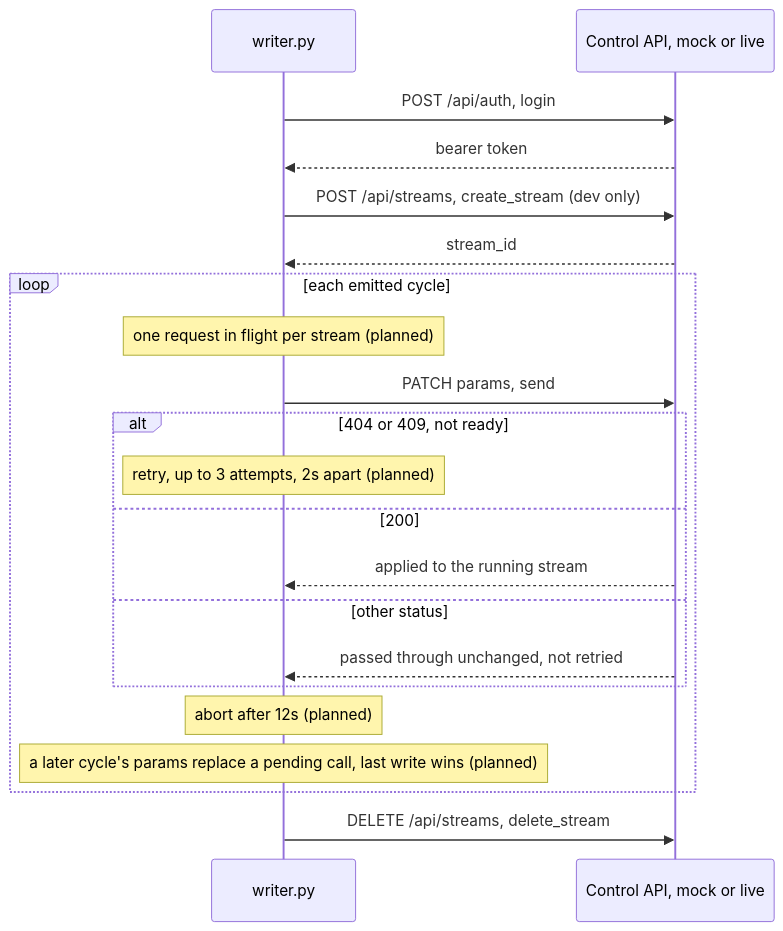
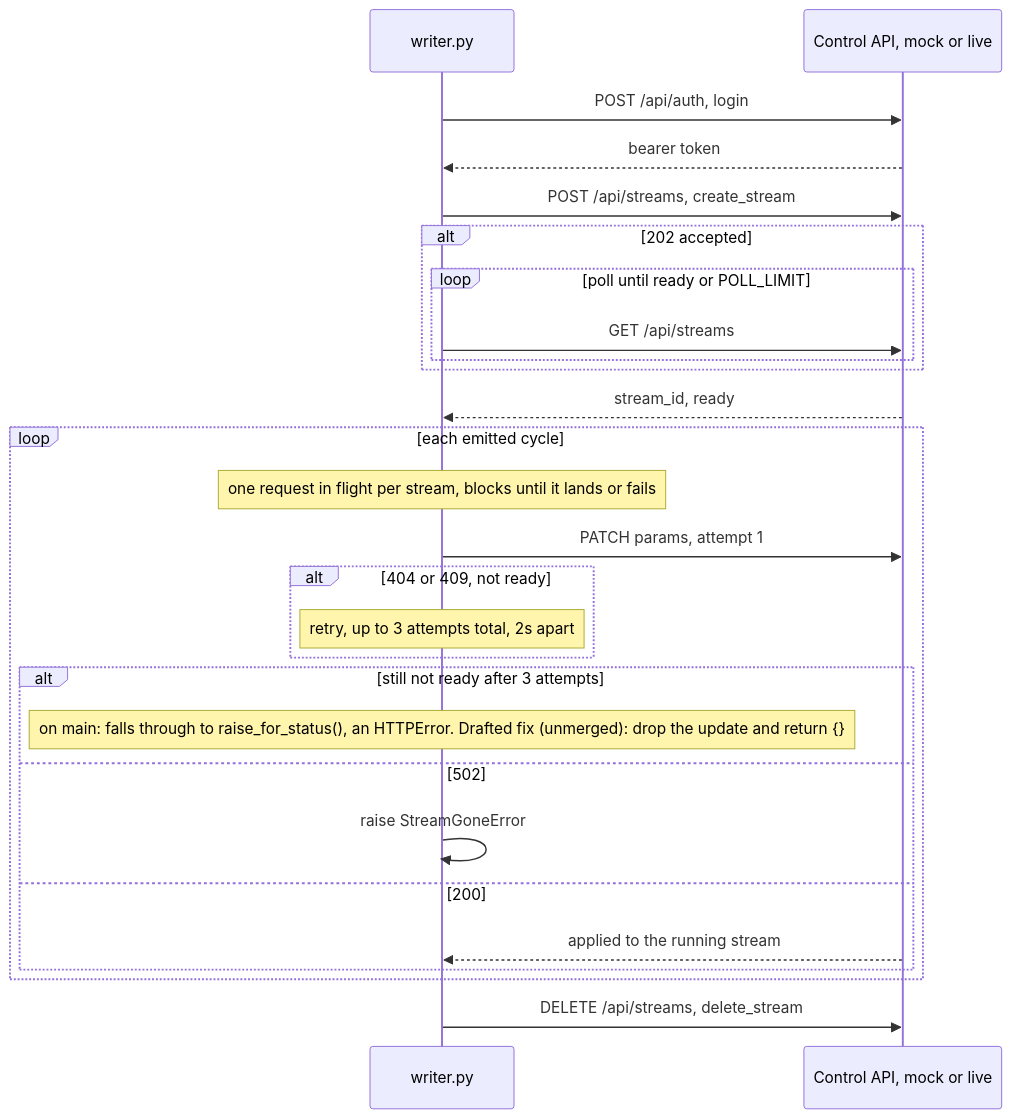
Before and after one commit to pnnhat/seed42-audio: the third of 3 diagrams in docs/design-document.md, drawn with Mermaid. The commit also changed other lines of this file, not shown here.

Commit message:
Updated the design doc against main

````diff
--- a/docs/design-document.md
+++ b/docs/design-document.md
@@ -286,27 +272,33 @@
 ```mermaid
 sequenceDiagram
     participant W as writer.py
     participant API as Control API, mock or live
 
     W->>API: POST /api/auth, login
     API-->>W: bearer token
 
-    W->>API: POST /api/streams, create_stream (dev only)
-    API-->>W: stream_id
+    W->>API: POST /api/streams, create_stream
+    alt 202 accepted
+        loop poll until ready or POLL_LIMIT
+            W->>API: GET /api/streams
+        end
+    end
+    API-->>W: stream_id, ready
 
     loop each emitted cycle
-        Note over W: one request in flight per stream (planned)
-        W->>API: PATCH params, send
+        Note over W: one request in flight per stream, blocks until it lands or fails
+        W->>API: PATCH params, attempt 1
         alt 404 or 409, not ready
-            Note over W: retry, up to 3 attempts, 2s apart (planned)
+            Note over W: retry, up to 3 attempts total, 2s apart
+        end
+        alt still not ready after 3 attempts
+            Note over W: on main: falls through to raise_for_status(), an HTTPError. Drafted fix (unmerged): drop the update and return {}
+        else 502
+            W->>W: raise StreamGoneError
         else 200
             API-->>W: applied to the running stream
-        else other status
-            API-->>W: passed through unchanged, not retried
         end
-        Note over W: abort after 12s (planned)
-        Note over W: a later cycle's params replace a pending call, last write wins (planned)
     end
 
     W->>API: DELETE /api/streams, delete_stream
 ```
````
